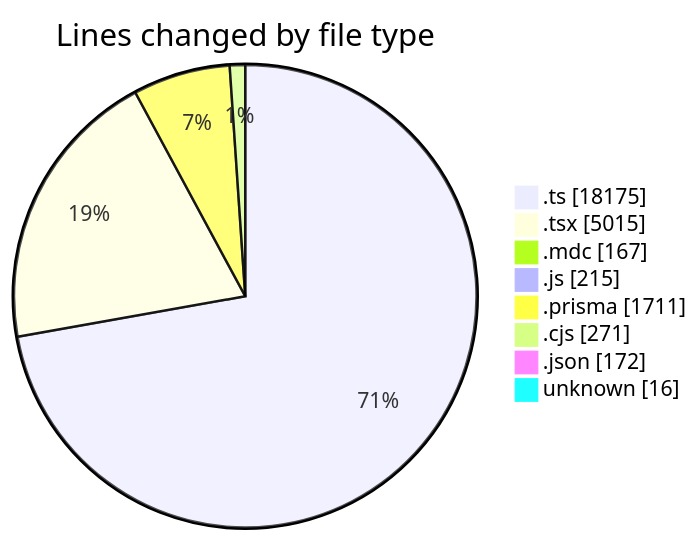
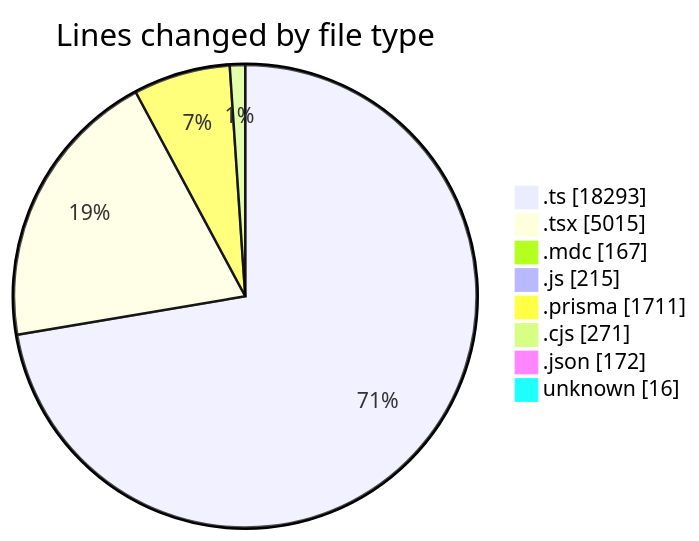
Before and after one commit to CELIANVF/code-tracking: the first of 2 diagrams in 2025-06-06/ecodeli-1/README.md, drawn with Mermaid. The commit also changed other lines of this file and 1 other file, not shown here.

````diff
--- a/2025-06-06/ecodeli-1/README.md
+++ b/2025-06-06/ecodeli-1/README.md
@@ -91,12 +92,12 @@
 ```mermaid
 pie showData
 title Lines changed by file type
-".ts" : 18175
+".ts" : 18293
 ".tsx" : 5015
 ".mdc" : 167
 ".js" : 215
 ".prisma" : 1711
 ".cjs" : 271
 ".json" : 172
 "unknown" : 16
 ```
````
